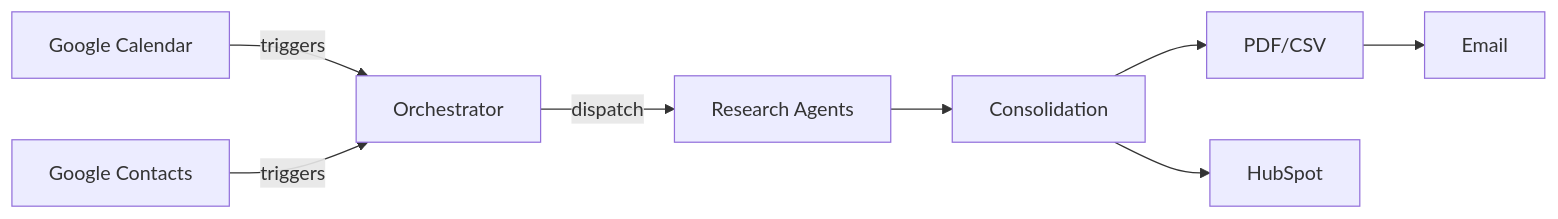
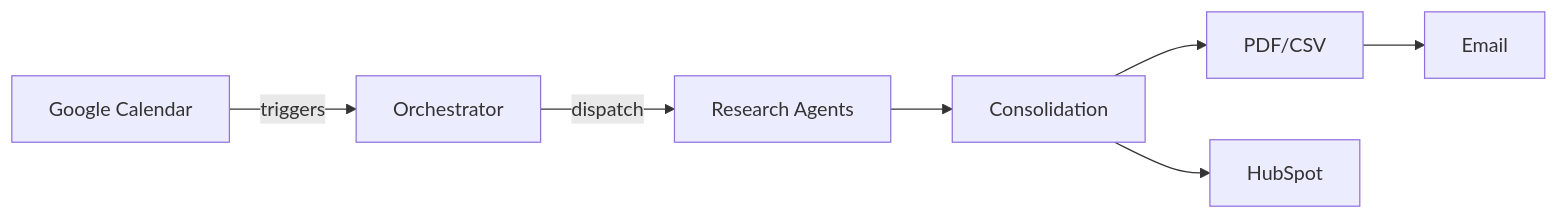
Before and after one commit to KonstantinData/A2A-research-workflow: the diagram in README.md, drawn with Mermaid. The commit also changed other lines of this file and 17 other files, not shown here.

Commit message:
Remove Google Contacts integration - simplify to Calendar-only workflow

````diff
--- a/README.md
+++ b/README.md
@@ -13,10 +13,9 @@
 ```mermaid
 flowchart LR
     GC[Google Calendar] -->|triggers| O[Orchestrator]
-    GCo[Google Contacts] -->|triggers| O
     O -->|dispatch| A[Research Agents]
     A --> C[Consolidation]
     C --> P[PDF/CSV]
     C --> H[HubSpot]
     P --> E[Email]
 ```
````
